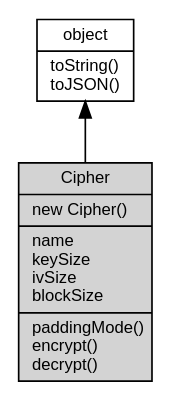
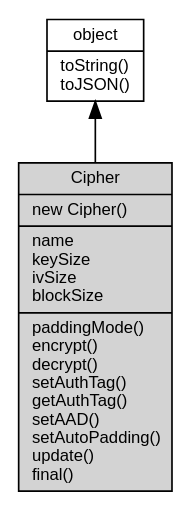
One commit to fibjs/fibjs.org changed the diagram in docs/manual/object/ifs/Cipher.md. Above: the diagram before and after it, drawn with Graphviz. The commit also changed other lines of this file and 15 other files, not shown here.

````diff
--- a/docs/manual/object/ifs/Cipher.md
+++ b/docs/manual/object/ifs/Cipher.md
@@ -48,10 +48,10 @@
 ```dot
 digraph {
     node [fontname="Helvetica,sans-Serif", fontsize=10, shape="record", style="filled", fillcolor="white"];
 
     object [tooltip="object", URL="object.md", label="{object|toString()\ltoJSON()\l}"];
-    Cipher [tooltip="Cipher", fillcolor="lightgray", id="me", label="{Cipher|new Cipher()\l|name\lkeySize\livSize\lblockSize\l|paddingMode()\lencrypt()\ldecrypt()\l}"];
+    Cipher [tooltip="Cipher", fillcolor="lightgray", id="me", label="{Cipher|new Cipher()\l|name\lkeySize\livSize\lblockSize\l|paddingMode()\lencrypt()\ldecrypt()\lsetAuthTag()\lgetAuthTag()\lsetAAD()\lsetAutoPadding()\lupdate()\lfinal()\l}"];
 
     object -> Cipher [dir=back];
 }
 ```
````
